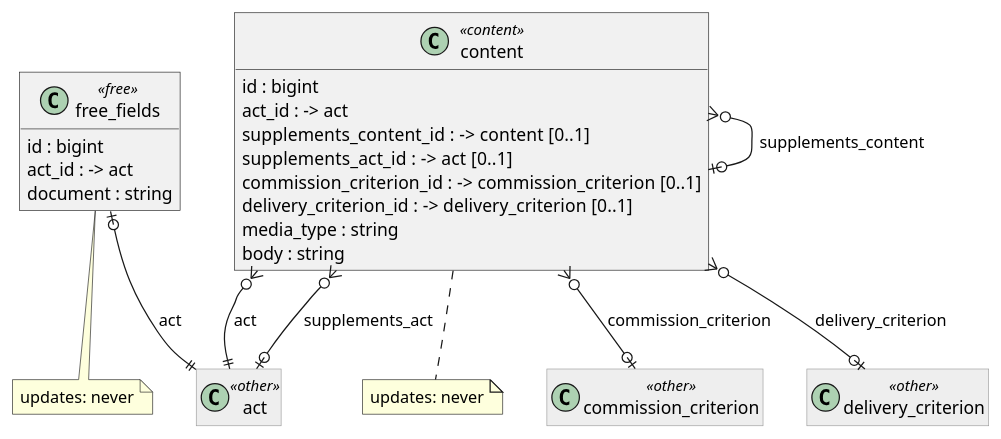
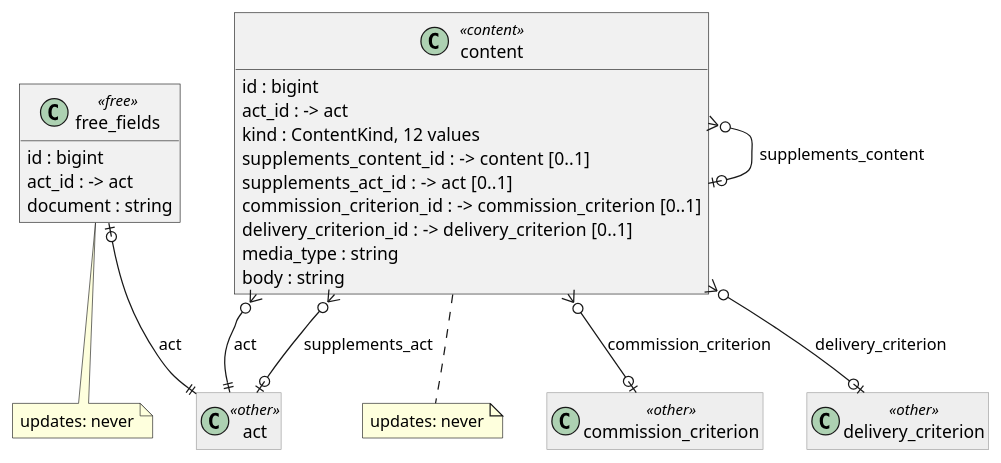
One commit to Kumbuka-ai/kumbuka-dispatch changed the diagram in docs/data-model/diagrams/09-free-fields-and-content.puml. Above: the diagram before and after it, drawn with PlantUML. The commit also changed 2 other files, not shown here.

Commit message:
docs(data-model): show enumerations with many values in the diagrams
PlantUML read 'ActKind (26 values)' as a method and hid it, so act.kind and
content.kind were missing from diagrams 03 and 09.

```diff
--- a/docs/data-model/diagrams/09-free-fields-and-content.puml
+++ b/docs/data-model/diagrams/09-free-fields-and-content.puml
@@ -1,41 +1,41 @@
 @startuml 09-free-fields-and-content
 ' 09-free-fields-and-content (docs/data-model/groups/09-free-fields-and-content.md), generated from model/payload.linkml.yaml.
 ' Every table carries tenant_id and scope_id and a unique key (tenant_id, scope_id, id); every foreign
 ' key runs over tenant, scope and id (ADR-0042). Left out below. Tables of other groups are drawn grey.
 skinparam shadowing false
 skinparam roundcorner 0
 skinparam classAttributeIconSize 0
 hide methods
 hide empty members
 skinparam class<<other>> {
   BackgroundColor #EEEEEE
   BorderColor #999999
 }
 class free_fields <<free>> {
   id : bigint
   act_id : -> act
   document : string
 }
 note bottom of free_fields : updates: never
 class content <<content>> {
   id : bigint
   act_id : -> act
-  kind : ContentKind (12 values)
+  kind : ContentKind, 12 values
   supplements_content_id : -> content  [0..1]
   supplements_act_id : -> act  [0..1]
   commission_criterion_id : -> commission_criterion  [0..1]
   delivery_criterion_id : -> delivery_criterion  [0..1]
   media_type : string
   body : string
 }
 note bottom of content : updates: never
 class act <<other>>
 class commission_criterion <<other>>
 class delivery_criterion <<other>>
 free_fields |o--|| act : act
 content }o--|| act : act
 content }o--o| content : supplements_content
 content }o--o| act : supplements_act
 content }o--o| commission_criterion : commission_criterion
 content }o--o| delivery_criterion : delivery_criterion
 @enduml
```
